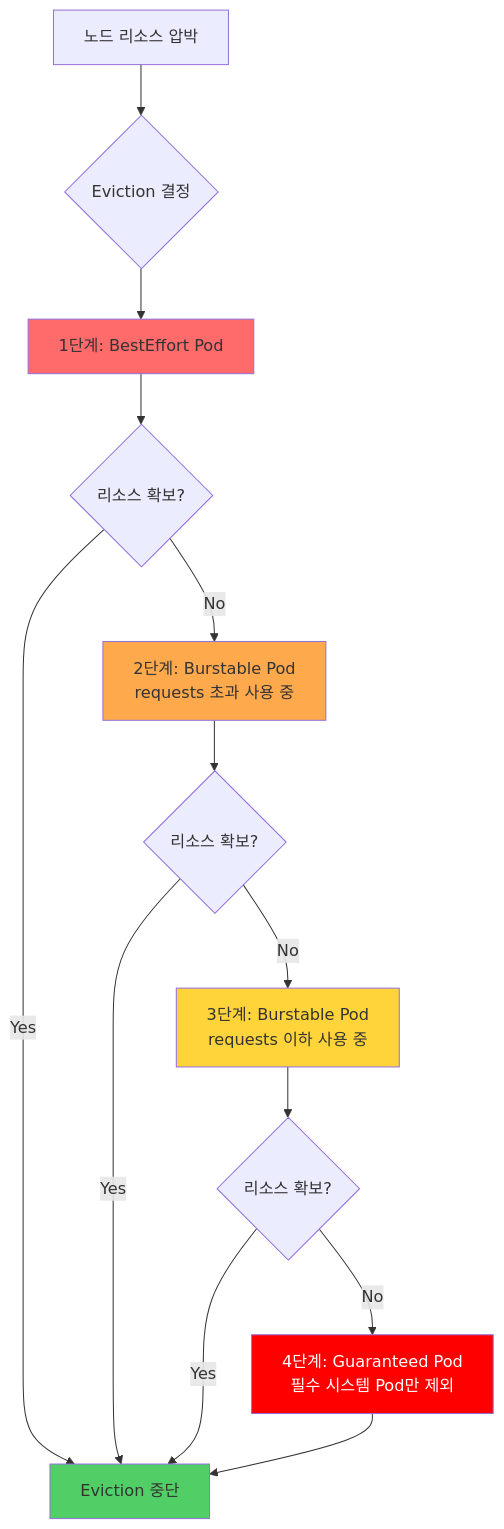
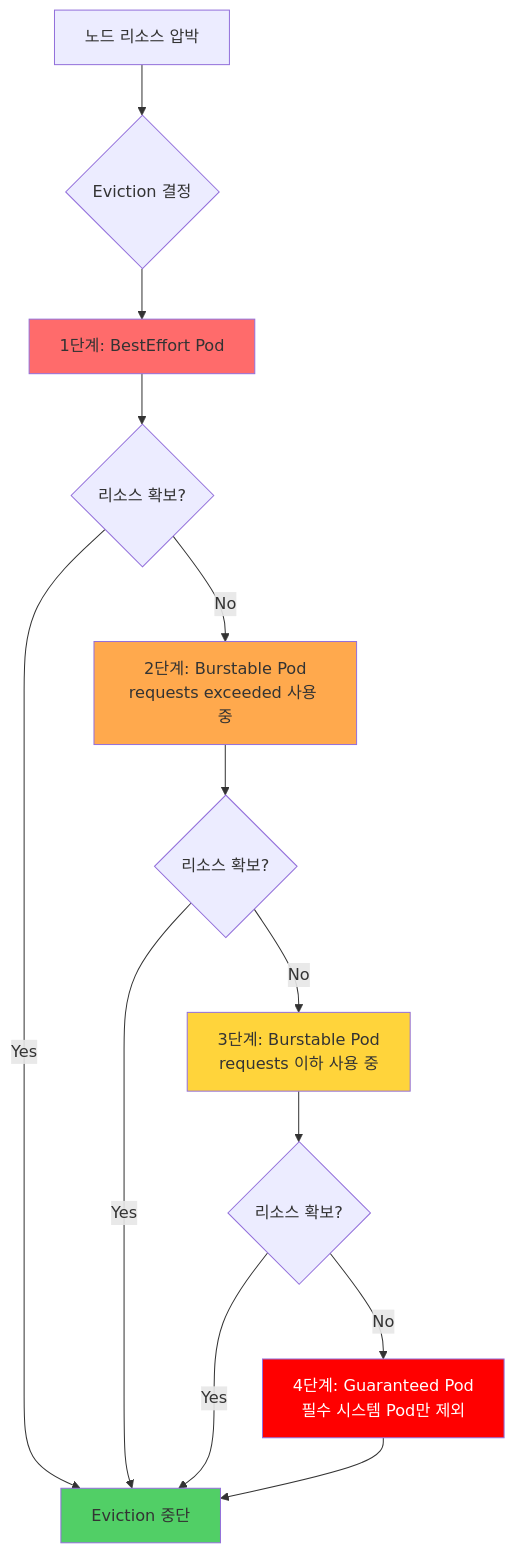
Before and after one commit to devfloor9/engineering-playbook: the fourth of 16 diagrams in i18n/en/docusaurus-plugin-content-docs/current/eks-best-practices/resource-cost/eks-resource-optimization.md, drawn with Mermaid. The commit also changed other lines of this file and 16 other files, not shown here.

````diff
--- a/i18n/en/docusaurus-plugin-content-docs/current/eks-best-practices/resource-cost/eks-resource-optimization.md
+++ b/i18n/en/docusaurus-plugin-content-docs/current/eks-best-practices/resource-cost/eks-resource-optimization.md
@@ -967,25 +967,25 @@
 ```mermaid
 graph TB
     A[노드 리소스 압박] --> B{Eviction 결정}
 
     B --> C[1단계: BestEffort Pod]
     C --> D{리소스 확보?}
-    D -->|No| E[2단계: Burstable Pod<br/>requests 초과 사용 중]
+    D -->|No| E[2단계: Burstable Pod<br/>requests exceeded 사용 중]
     D -->|Yes| Z[Eviction 중단]
 
     E --> F{리소스 확보?}
     F -->|No| G[3단계: Burstable Pod<br/>requests 이하 사용 중]
     F -->|Yes| Z
 
     G --> H{리소스 확보?}
     H -->|No| I[4단계: Guaranteed Pod<br/>필수 시스템 Pod만 제외]
     H -->|Yes| Z
 
     I --> Z
 
     style C fill:#ff6b6b
     style E fill:#ffa94d
     style G fill:#ffd43b
     style I fill:#ff0000,color:#fff
     style Z fill:#51cf66
 ```
````
